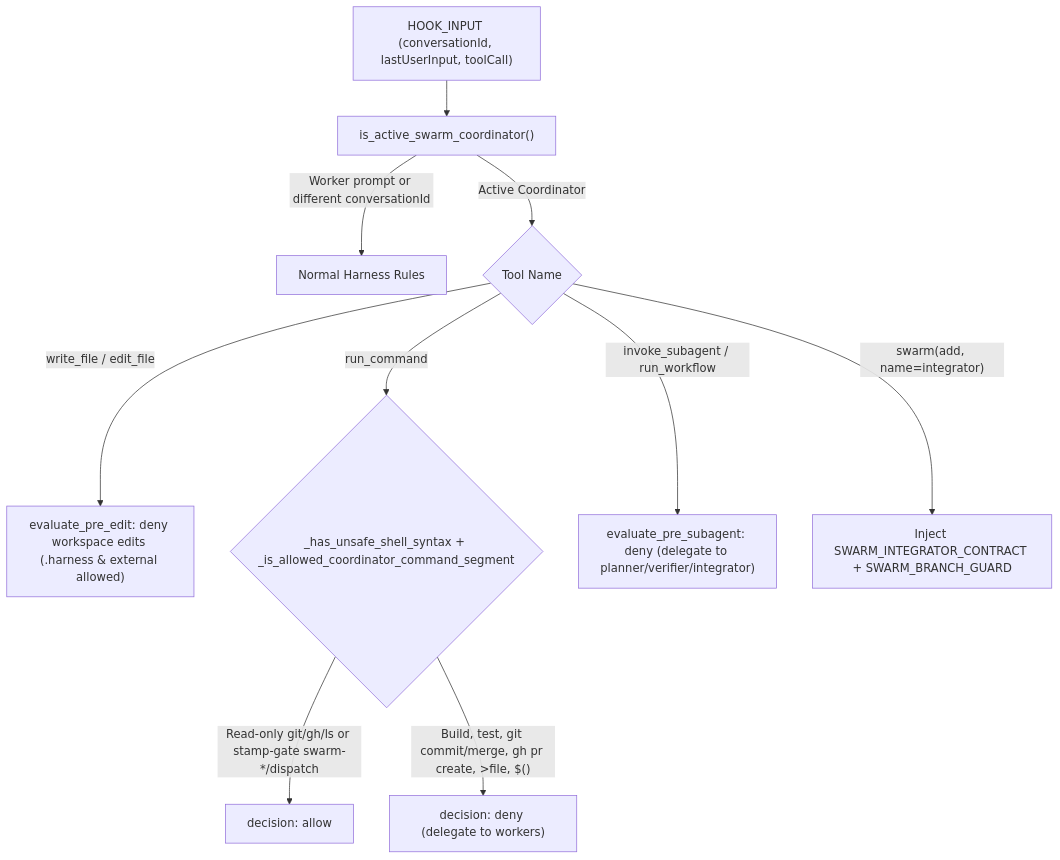
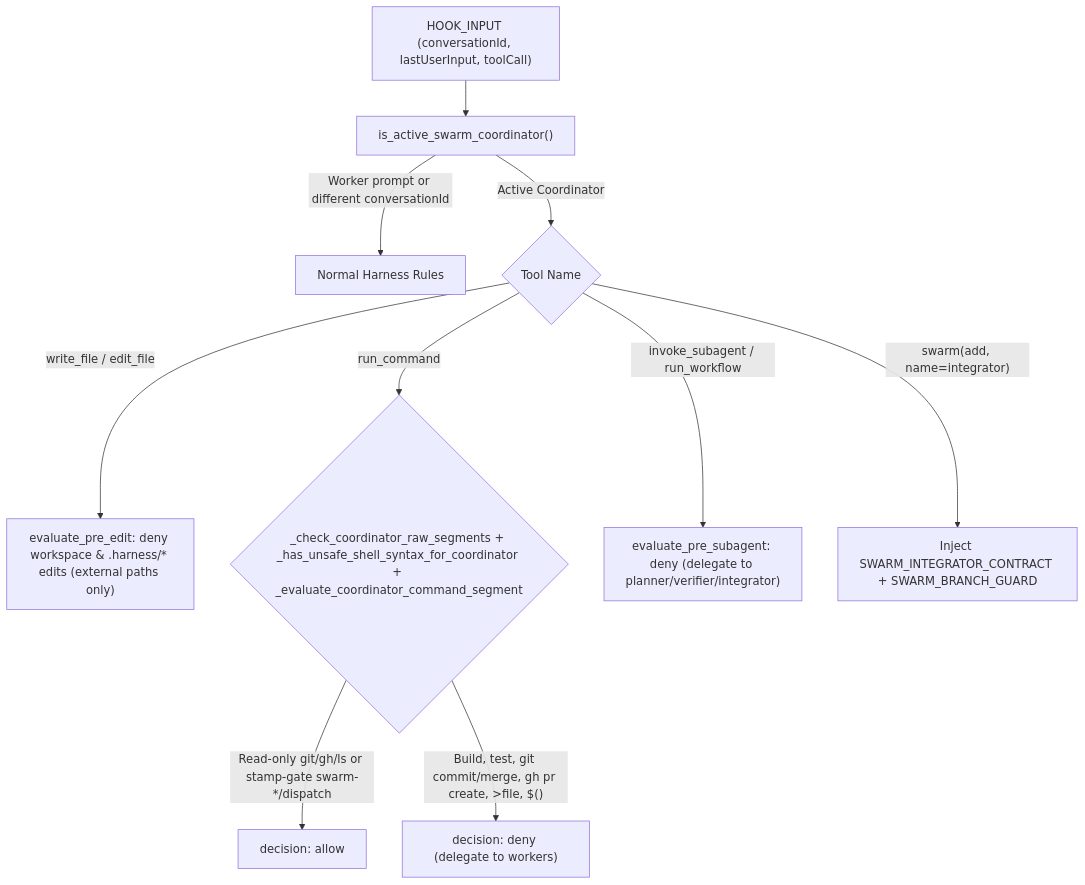
One commit to aparlak88/alps-agy-harness changed the first of 2 diagrams in docs/walkthroughs/2026-11-26-swarm-coordinator-isolation-and-quota-resume.md. Above: the diagram before and after it, drawn with Mermaid. The commit also changed other lines of this file and 3 other files, not shown here.

````diff
--- a/docs/walkthroughs/2026-11-26-swarm-coordinator-isolation-and-quota-resume.md
+++ b/docs/walkthroughs/2026-11-26-swarm-coordinator-isolation-and-quota-resume.md
@@ -21,12 +21,12 @@
 ```mermaid
 flowchart TD
     HookIn["HOOK_INPUT (conversationId, lastUserInput, toolCall)"] --> Check["is_active_swarm_coordinator()"]
     Check -->|"Worker prompt or different conversationId"| Normal["Normal Harness Rules"]
     Check -->|"Active Coordinator"| Tool{"Tool Name"}
-    Tool -->|"write_file / edit_file"| EditDeny["evaluate_pre_edit: deny workspace edits (.harness & external allowed)"]
-    Tool -->|"run_command"| CmdAllow{"_has_unsafe_shell_syntax + _is_allowed_coordinator_command_segment"}
+    Tool -->|"write_file / edit_file"| EditDeny["evaluate_pre_edit: deny workspace & .harness/* edits (external paths only)"]
+    Tool -->|"run_command"| CmdAllow{"_check_coordinator_raw_segments + _has_unsafe_shell_syntax_for_coordinator + _evaluate_coordinator_command_segment"}
     CmdAllow -->|"Read-only git/gh/ls or stamp-gate swarm-*/dispatch"| Allow["decision: allow"]
     CmdAllow -->|"Build, test, git commit/merge, gh pr create, >file, $()"| CmdDeny["decision: deny (delegate to workers)"]
     Tool -->|"invoke_subagent / run_workflow"| SubDeny["evaluate_pre_subagent: deny (delegate to planner/verifier/integrator)"]
     Tool -->|"swarm(add, name=integrator)"| IntHdr["Inject SWARM_INTEGRATOR_CONTRACT + SWARM_BRANCH_GUARD"]
 ```
````
